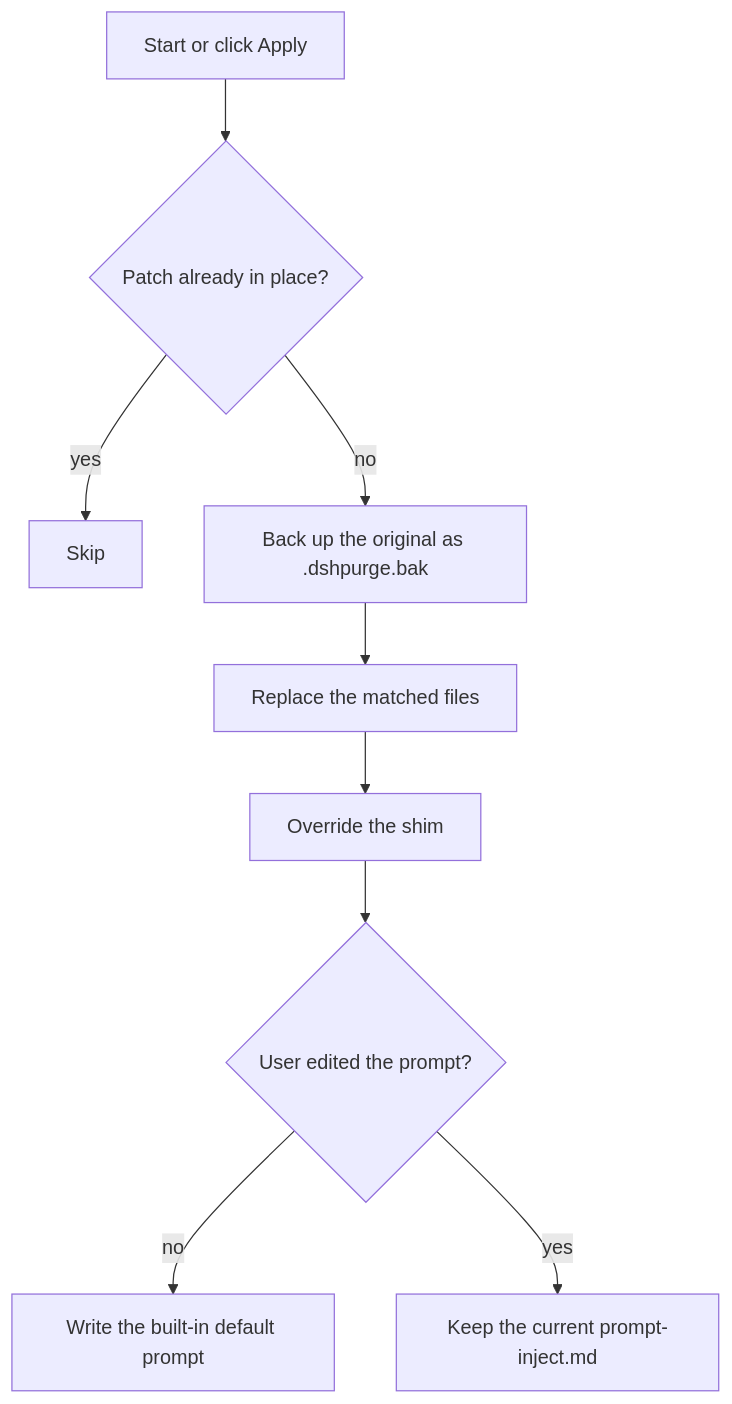
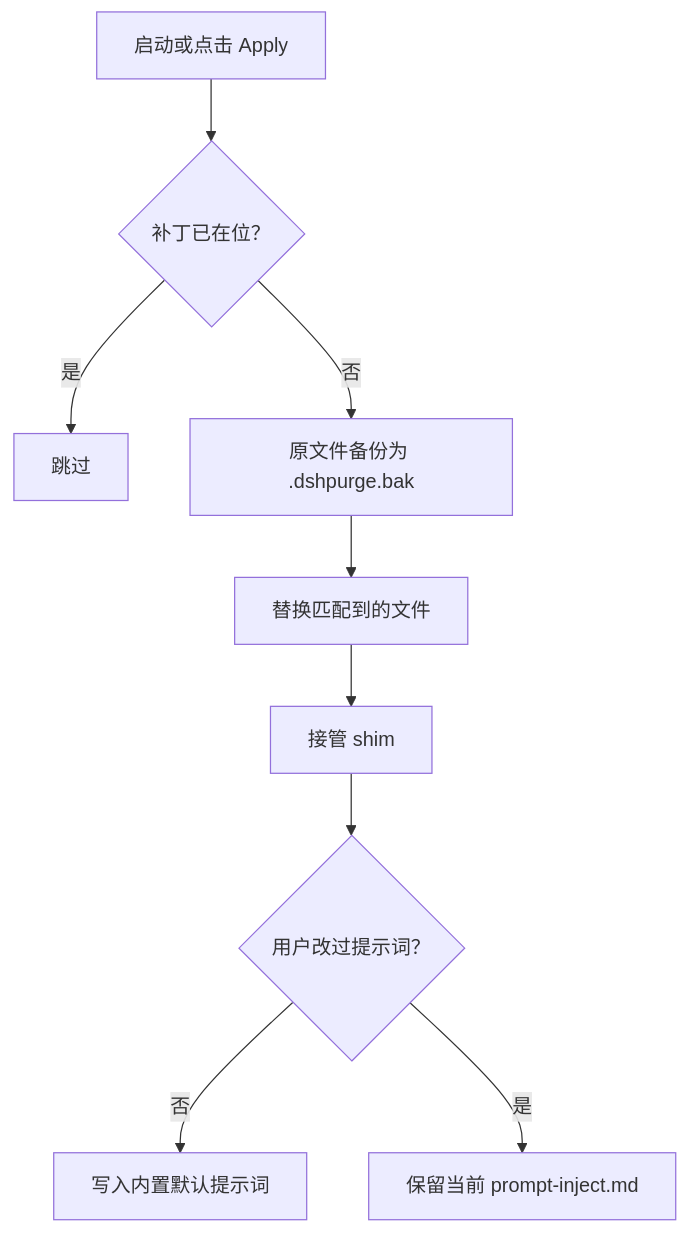
One commit to jmx124112/dsh-purge-selfhost changed the first of 3 diagrams in README.md. Above: the diagram before and after it, drawn with Mermaid. The commit also changed other lines of this file, not shown here.

First line of the commit message:
docs: rewrite README as a self-contained original document

````diff
--- a/README.md
+++ b/README.md
@@ -681,11 +77,11 @@
 ```mermaid
 flowchart TD
-  A["Start or click Apply"] --> B{"Patch already in place?"}
-  B -->|yes| C["Skip"]
-  B -->|no| D["Back up the original as .dshpurge.bak"]
-  D --> E["Replace the matched files"]
-  E --> F["Override the shim"]
-  F --> G{"User edited the prompt?"}
-  G -->|no| H["Write the built-in default prompt"]
-  G -->|yes| I["Keep the current prompt-inject.md"]
+  A["启动或点击 Apply"] --> B{"补丁已在位？"}
+  B -->|是| C["跳过"]
+  B -->|否| D["原文件备份为 .dshpurge.bak"]
+  D --> E["替换匹配到的文件"]
+  E --> F["接管 shim"]
+  F --> G{"用户改过提示词？"}
+  G -->|否| H["写入内置默认提示词"]
+  G -->|是| I["保留当前 prompt-inject.md"]
 ```
````
